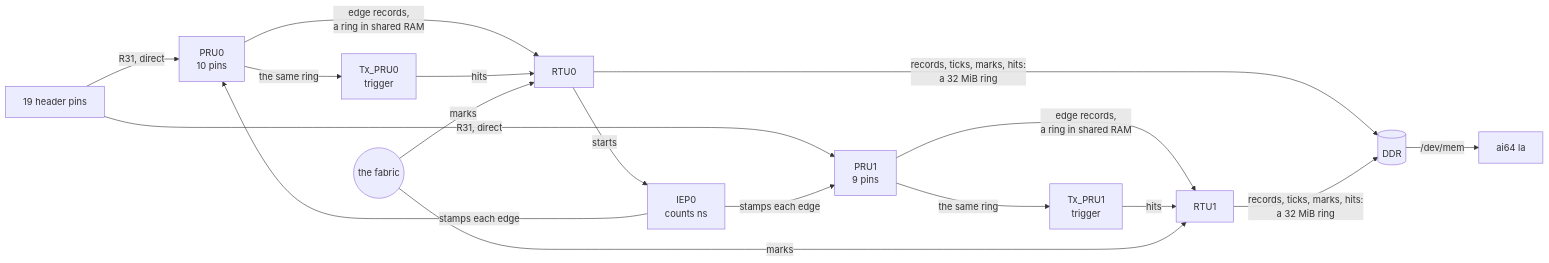
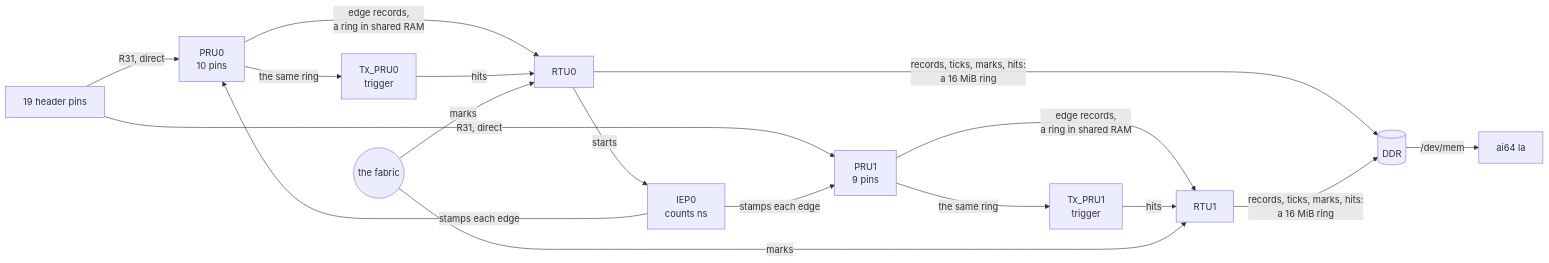
One commit to kevinacahalan/BeagleBoneAI64-linux-zephyr-pru-c7x-c66x-demo changed the first of 2 diagrams in pru/logic_analyzer/README.md. Above: the diagram before and after it, drawn with Mermaid. The commit also changed other lines of this file and 23 other files, not shown here.

````diff
--- a/pru/logic_analyzer/README.md
+++ b/pru/logic_analyzer/README.md
@@ -39,19 +39,19 @@
 ```mermaid
 flowchart LR
   pins["19 header pins"] -->|"R31, direct"| pru0["PRU0<br/>10 pins"]
   pins -->|"R31, direct"| pru1["PRU1<br/>9 pins"]
   iep["IEP0<br/>counts ns"] -->|"stamps each edge"| pru0
   iep -->|"stamps each edge"| pru1
   pru0 -->|"edge records,<br/>a ring in shared RAM"| rtu0["RTU0"]
   pru1 -->|"edge records,<br/>a ring in shared RAM"| rtu1["RTU1"]
   pru0 -->|"the same ring"| tx0["Tx_PRU0<br/>trigger"]
   pru1 -->|"the same ring"| tx1["Tx_PRU1<br/>trigger"]
   tx0 -->|"hits"| rtu0
   tx1 -->|"hits"| rtu1
   rtu0 -->|"starts"| iep
-  rtu0 -->|"records, ticks, marks, hits:<br/>a 32 MiB ring"| ddr[("DDR")]
-  rtu1 -->|"records, ticks, marks, hits:<br/>a 32 MiB ring"| ddr
+  rtu0 -->|"records, ticks, marks, hits:<br/>a 16 MiB ring"| ddr[("DDR")]
+  rtu1 -->|"records, ticks, marks, hits:<br/>a 16 MiB ring"| ddr
   fab(("the fabric")) -->|"marks"| rtu0
   fab -->|"marks"| rtu1
   ddr -->|"/dev/mem"| ai64["ai64 la"]
 ```
````
